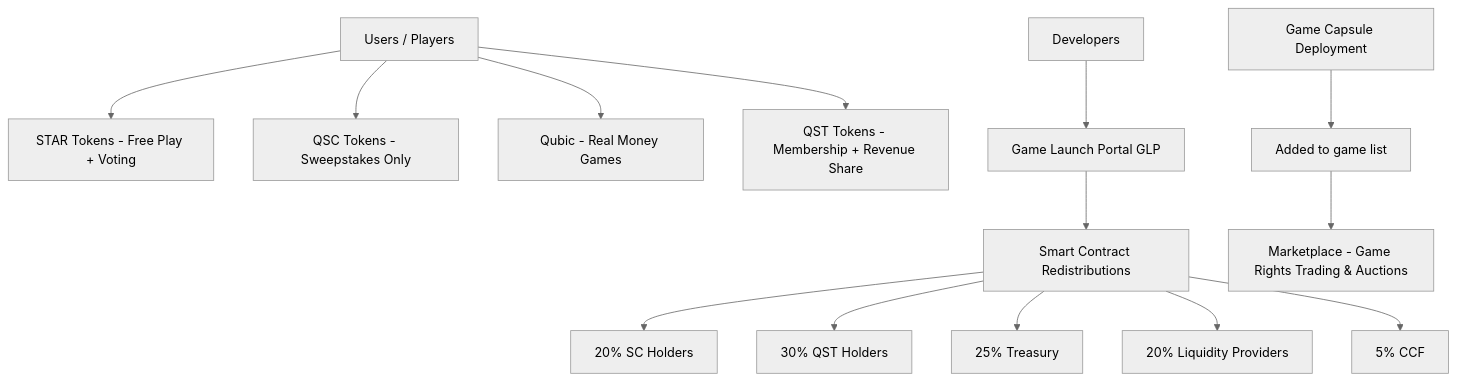
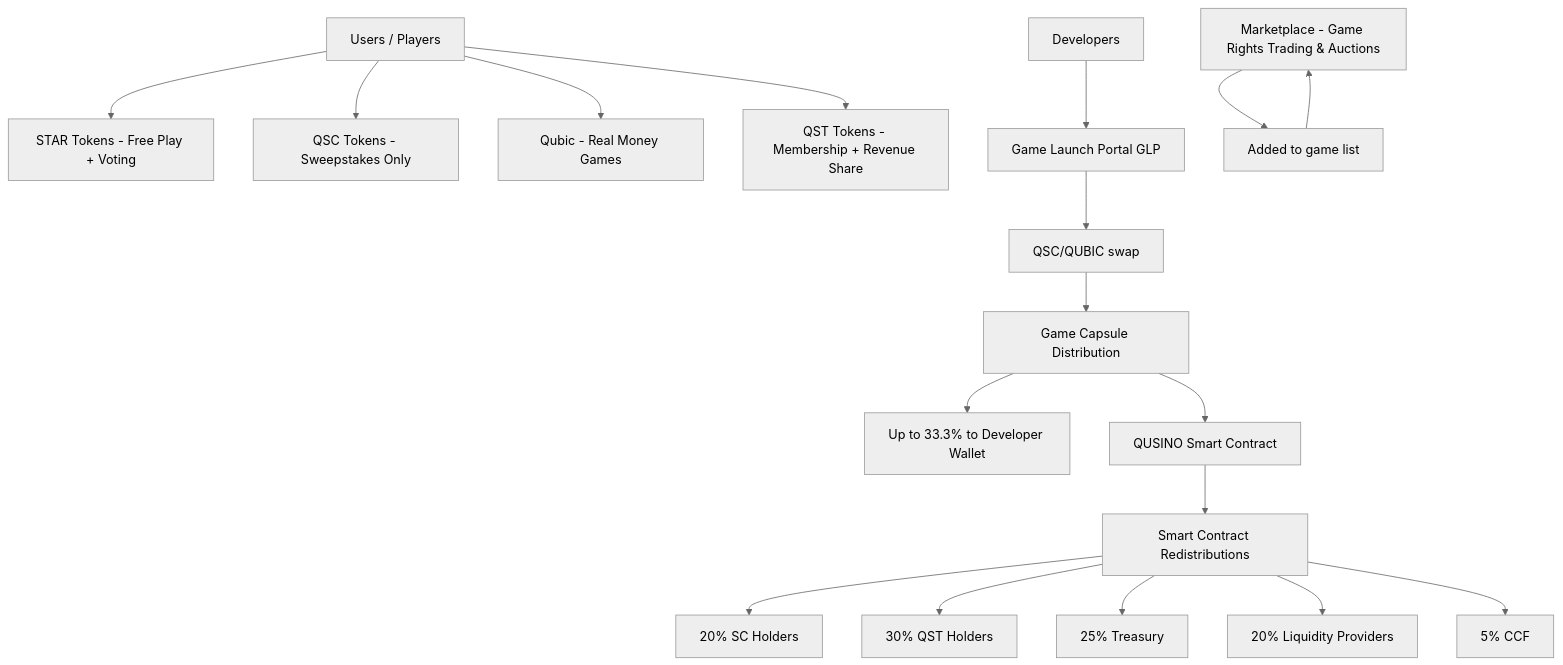
One commit to nineisten/qusino changed the first of 4 diagrams in README.md. Above: the diagram before and after it, drawn with Mermaid (neutral theme).

````diff
--- a/README.md
+++ b/README.md
@@ -19,17 +19,23 @@
 ```mermaid
 flowchart TD
     A[Users / Players] --> B[STAR Tokens - Free Play + Voting]
     A --> C[QSC Tokens - Sweepstakes Only]
     A --> D[Qubic - Real Money Games]
     A --> E[QST Tokens - Membership + Revenue Share]
 
-    F[Game Launch Portal GLP] --> G[Smart Contract Redistributions]
-    G --> H[20% SC Holders]
-    G --> I[30% QST Holders]
-    G --> J[25% Treasury]
-    G --> K[20% Liquidity Providers]
-    G --> L[5% CCF]
+    F[Game Launch Portal GLP] --> G[QSC/QUBIC swap] --> H[Game Capsule Distribution]
+    H--> HH[Up to 33.3% to Developer Wallet]
+    H--> HI[QUSINO Smart Contract]
+    -->I[Smart Contract Redistributions]
+    I --> J[20% SC Holders]
+    I --> K[30% QST Holders]
+    I --> L[25% Treasury]
+    I --> M[20% Liquidity Providers]
+    I --> N[5% CCF]
 
-    M[Developers] --> F
-    N[Game Capsule Deployment] --> O[Added to game list]-->P[Marketplace - Game Rights Trading & Auctions]
+    O[Developers] --> F
+    P[Game Capsule Deployment] --> Q[Added to game list]-->P[Marketplace - Game Rights Trading & Auctions]
+
+    
+
 ```
````
